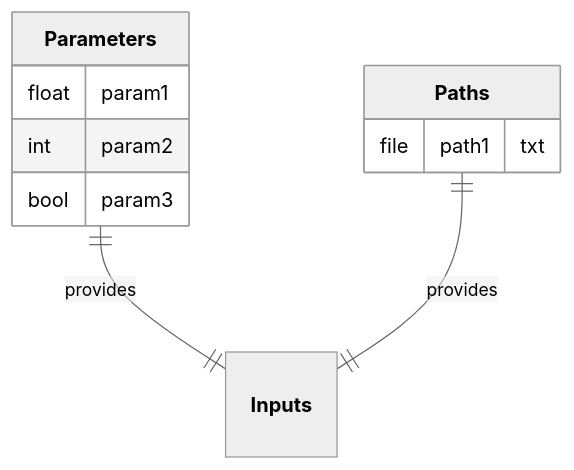
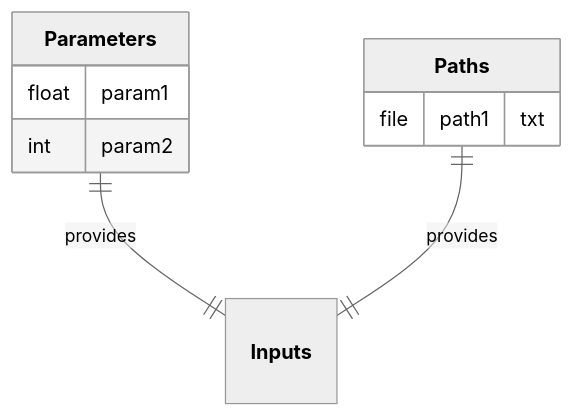
One commit to nuremics/nuremics changed the first of 17 diagrams in README.md. Above: the diagram before and after it, drawn with Mermaid (neutral theme). The commit also changed other lines of this file, not shown here.

````diff
--- a/README.md
+++ b/README.md
@@ -88,14 +88,13 @@
 ```mermaid
 erDiagram
   **Parameters** ||--|| **Inputs** : provides
   **Paths** ||--|| **Inputs** : provides
 
   **Parameters** {
     float param1
     int param2
-    bool param3
   }
   **Paths** {
     file path1 "txt"
   }
 ```
````
